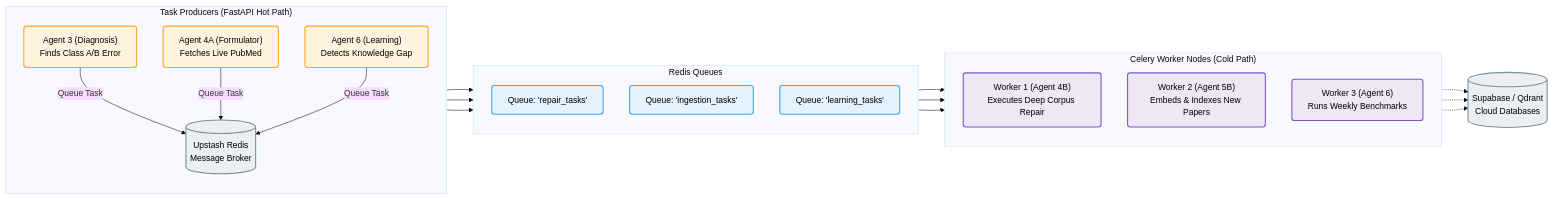
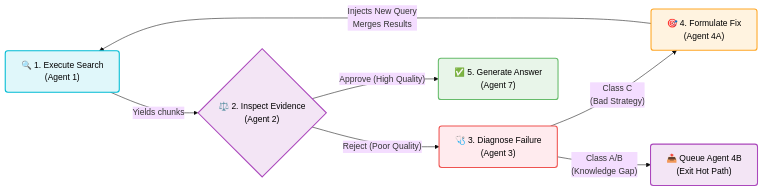
One commit to pavan939111/SelfLearning_Rag changed the sixth of 12 diagrams in ARCHITECTURE.md. Above: the diagram before and after it, drawn with Mermaid (base theme). The commit also changed other lines of this file and 2 other files, not shown here.

Commit message:
docs: finalize architecture documentation by merging highly-detailed agent and cycle diagrams into the new structure

````diff
--- a/ARCHITECTURE.md
+++ b/ARCHITECTURE.md
@@ -264,32 +152,27 @@
 ```mermaid
 flowchart LR
-    classDef producer fill:#fff3e0,stroke:#ffa726,stroke-width:2px,color:#000,rx:5px
-    classDef queue fill:#e3f2fd,stroke:#42a5f5,stroke-width:2px,color:#000,rx:5px
-    classDef worker fill:#ede7f6,stroke:#7e57c2,stroke-width:2px,color:#000,rx:5px
-    classDef db fill:#eceff1,stroke:#78909c,stroke-width:2px,color:#000,rx:10px
+    classDef process fill:#e0f7fa,stroke:#00bcd4,stroke-width:2px,color:#000,rx:5px
+    classDef evaluate fill:#f3e5f5,stroke:#ab47bc,stroke-width:2px,color:#000,rx:5px
+    classDef fail fill:#ffebee,stroke:#ef5350,stroke-width:2px,color:#000,rx:5px
+    classDef repair fill:#fff3e0,stroke:#ffa726,stroke-width:2px,color:#000,rx:5px
+    classDef success fill:#e8f5e9,stroke:#66bb6a,stroke-width:2px,color:#000,rx:5px
+    classDef cold fill:#f3e5f5,stroke:#ab47bc,stroke-width:2px,color:#000,rx:5px
 
-    subgraph PRODUCERS ["Task Producers (FastAPI Hot Path)"]
-        direction TB
-        A3["Agent 3 (Diagnosis)\nFinds Class A/B Error"]:::producer -->|Queue Task| R[("Upstash Redis\nMessage Broker")]:::db
-        A4A["Agent 4A (Formulator)\nFetches Live PubMed"]:::producer -->|Queue Task| R
-        A6["Agent 6 (Learning)\nDetects Knowledge Gap"]:::producer -->|Queue Task| R
-    end
+    %% Define the cyclical nodes
+    RETRIEVE["🔍 1. Execute Search\n(Agent 1)"]:::process
+    INSPECT{"⚖️ 2. Inspect Evidence\n(Agent 2)"}:::evaluate
+    DIAGNOSE["🩺 3. Diagnose Failure\n(Agent 3)"]:::fail
+    FORMULATE["🎯 4. Formulate Fix\n(Agent 4A)"]:::repair
+    ANSWER["✅ 5. Generate Answer\n(Agent 7)"]:::success
+    EXIT["📤 Queue Agent 4B\n(Exit Hot Path)"]:::cold
 
-    subgraph REDIS ["Redis Queues"]
-        direction TB
-        R --> Q1["Queue: 'repair_tasks'"]:::queue
-        R --> Q2["Queue: 'ingestion_tasks'"]:::queue
-        R --> Q3["Queue: 'learning_tasks'"]:::queue
-    end
+    %% Create the cycle
+    RETRIEVE -->|"Yields chunks"| INSPECT
+    INSPECT -->|"Reject (Poor Quality)"| DIAGNOSE
+    DIAGNOSE -->|"Class C\n(Bad Strategy)"| FORMULATE
+    FORMULATE -->|"Injects New Query\nMerges Results"| RETRIEVE
 
-    subgraph CONSUMERS ["Celery Worker Nodes (Cold Path)"]
-        direction TB
-        Q1 --> W1["Worker 1 (Agent 4B)\nExecutes Deep Corpus Repair"]:::worker
-        Q2 --> W2["Worker 2 (Agent 5B)\nEmbeds & Indexes New Papers"]:::worker
-        Q3 --> W3["Worker 3 (Agent 6)\nRuns Weekly Benchmarks"]:::worker
-    end
-    
-    W1 -.-> DB[("Supabase / Qdrant\nCloud Databases")]:::db
-    W2 -.-> DB
-    W3 -.-> DB
+    %% Exit the cycle
+    INSPECT -->|"Approve (High Quality)"| ANSWER
+    DIAGNOSE -->|"Class A/B\n(Knowledge Gap)"| EXIT
 ```
````
